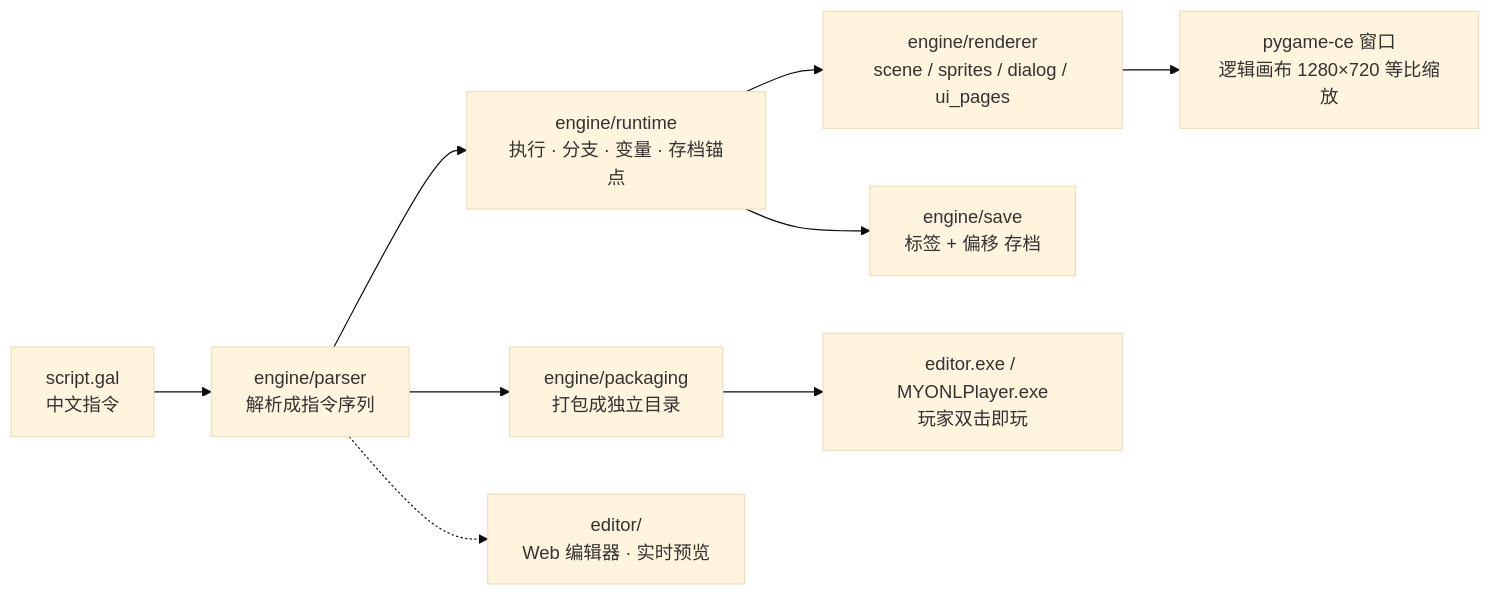
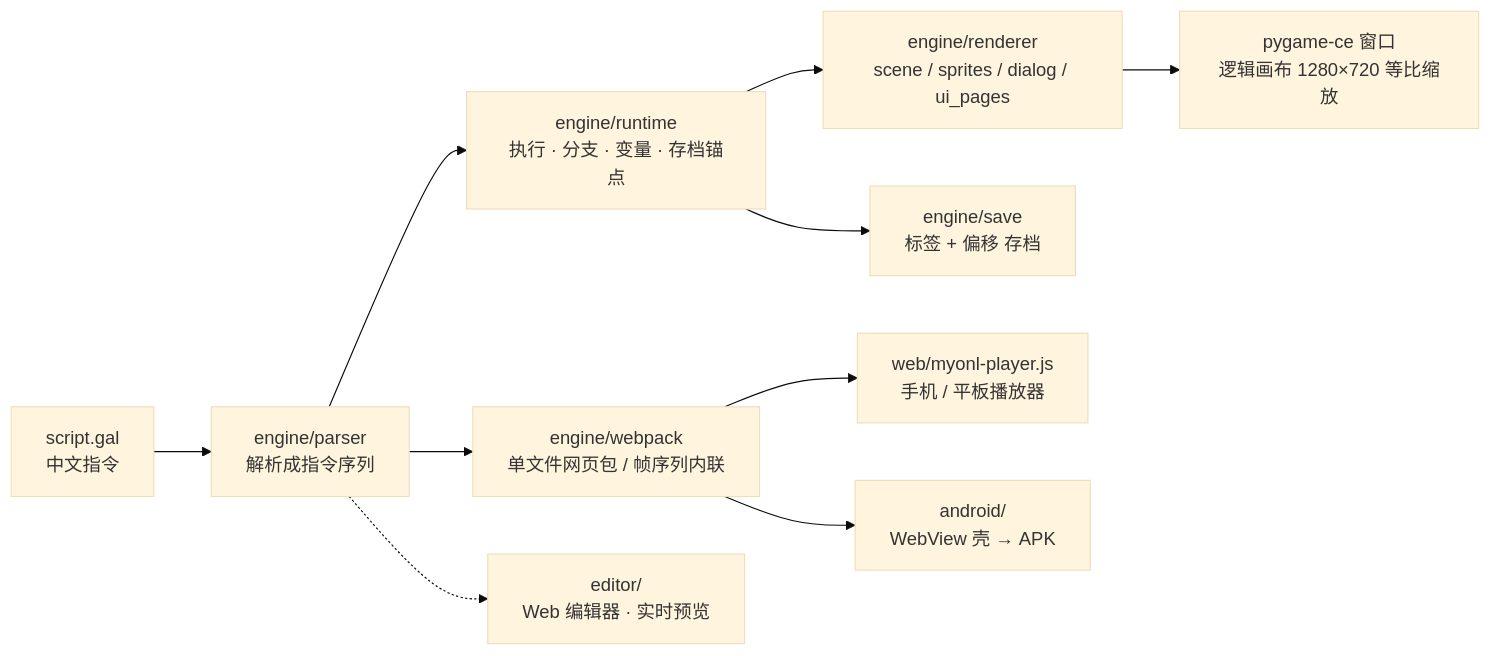
One commit to 123456789556/myonl changed the diagram in README.md. Above: the diagram before and after it, drawn with Mermaid (base theme). The commit also changed other lines of this file and 13 other files, not shown here.

````diff
--- a/README.md
+++ b/README.md
@@ -117,11 +153,12 @@
 ```mermaid
 flowchart LR
   A["script.gal<br/>中文指令"] --> B["engine/parser<br/>解析成指令序列"]
   B --> C["engine/runtime<br/>执行 · 分支 · 变量 · 存档锚点"]
   C --> D["engine/renderer<br/>scene / sprites / dialog / ui_pages"]
   D --> E["pygame-ce 窗口<br/>逻辑画布 1280×720 等比缩放"]
   C --> F["engine/save<br/>标签 + 偏移 存档"]
-  B --> G["engine/packaging<br/>打包成独立目录"]
-  G --> H["editor.exe / MYONLPlayer.exe<br/>玩家双击即玩"]
-  B -.-> I["editor/<br/>Web 编辑器 · 实时预览"]
+  B --> G["engine/webpack<br/>单文件网页包 / 帧序列内联"]
+  G --> H["web/myonl-player.js<br/>手机 / 平板播放器"]
+  G --> I["android/<br/>WebView 壳 → APK"]
+  B -.-> J["editor/<br/>Web 编辑器 · 实时预览"]
 ```
````
